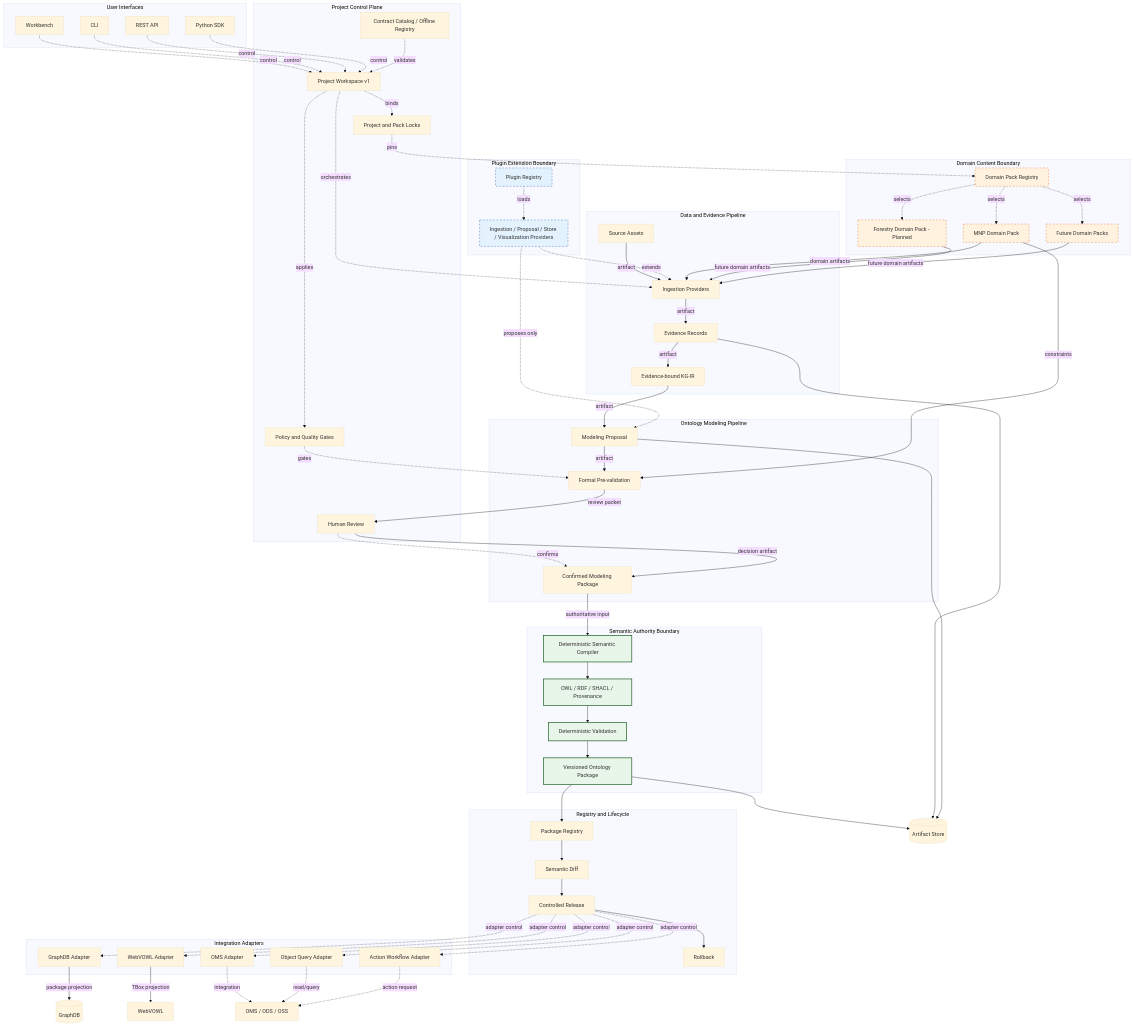
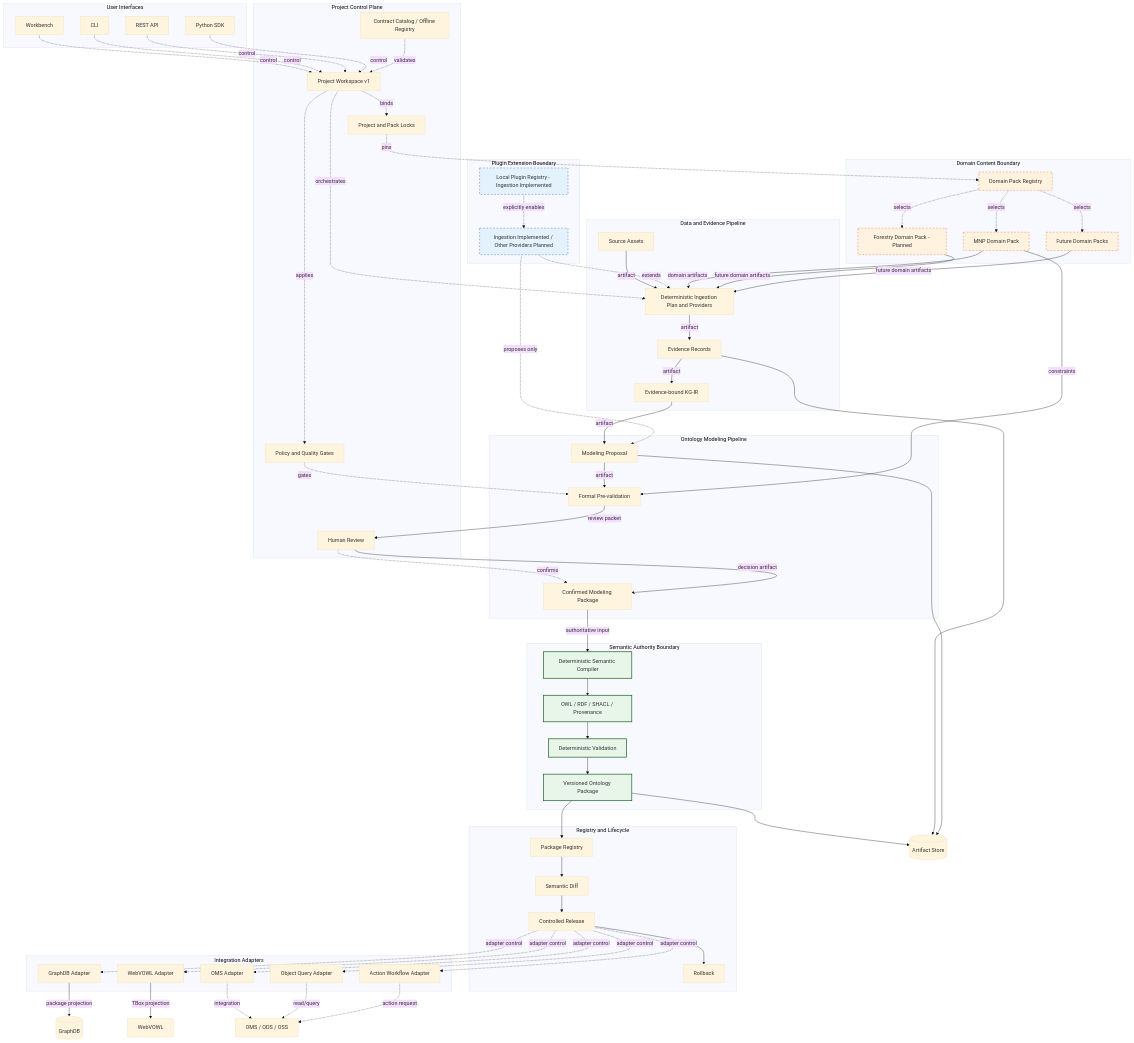
One commit to Yangjunjie-Lin/KG-MNP-Demo changed the diagram in docs/architecture/ontology-toolchain-target-architecture.md. Above: the diagram before and after it, drawn with Mermaid (base theme). The commit also changed other lines of this file and 21 other files, not shown here.

Commit message:
docs: define prompt03 architecture and audit evidence

```diff
--- a/docs/architecture/ontology-toolchain-target-architecture.md
+++ b/docs/architecture/ontology-toolchain-target-architecture.md
@@ -26,7 +27,7 @@
 
   subgraph DATA[Data and Evidence Pipeline]
     SOURCE[Source Assets]
-    INGEST[Ingestion Providers]
+    INGEST[Deterministic Ingestion Plan and Providers]
     EVIDENCE[Evidence Records]
     KGIR[Evidence-bound KG-IR]
   end
@@ -52,8 +53,8 @@
   end
 
   subgraph PLUG[Plugin Extension Boundary]
-    PREG[Plugin Registry]
-    PROVIDERS[Ingestion / Proposal / Store / Visualization Providers]
+    PREG[Local Plugin Registry - Ingestion Implemented]
+    PROVIDERS[Ingestion Implemented / Other Providers Planned]
   end
 
   subgraph DOMAIN[Domain Content Boundary]
@@ -99,7 +100,7 @@
   EVIDENCE --> STORE
   PROPOSAL --> STORE
 
-  PREG -. loads .-> PROVIDERS
+  PREG -. explicitly enables .-> PROVIDERS
   PROVIDERS -. extends .-> INGEST
   PROVIDERS -. proposes only .-> PROPOSAL
   DREG -. selects .-> MNP
```
